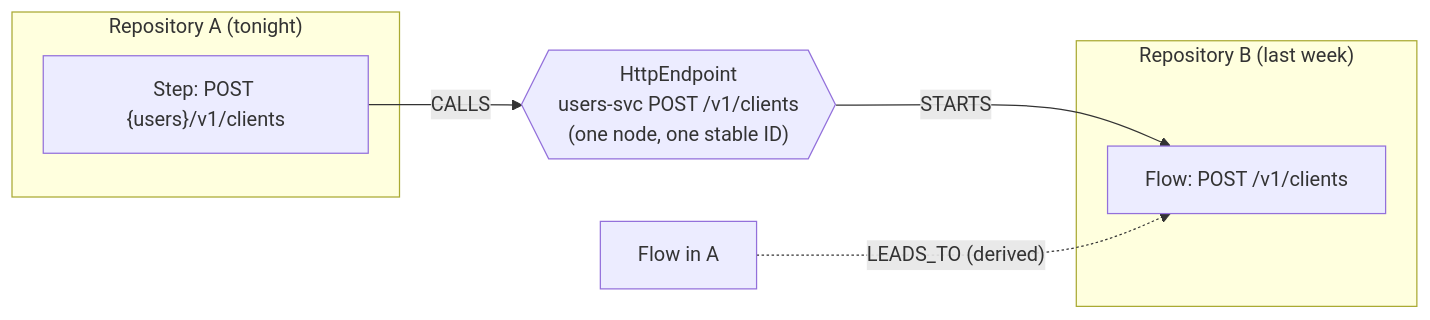
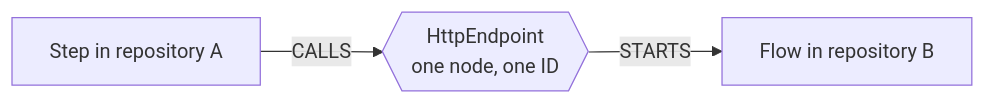
One commit to KBavis/steno changed the diagram in docs/how-it-works/ingestion/joins.md. Above: the diagram before and after it, drawn with Mermaid. The commit also changed other lines of this file and 35 other files, not shown here.

First line of the commit message:
docs: simplify the docs and record D150 (flows-first routing)

````diff
--- a/docs/how-it-works/ingestion/joins.md
+++ b/docs/how-it-works/ingestion/joins.md
@@ -11,13 +11,5 @@
 ```mermaid
 flowchart LR
-    subgraph R1["Repository A (tonight)"]
-      S1["Step: POST {users}/v1/clients"]
-    end
-    subgraph R2["Repository B (last week)"]
-      F2["Flow: POST /v1/clients"]
-    end
-    EP{{"HttpEndpoint<br/>users-svc POST /v1/clients<br/>(one node, one stable ID)"}}
-    S1 -- CALLS --> EP
-    EP -- STARTS --> F2
-    F1["Flow in A"] -. "LEADS_TO (derived)" .-> F2
+    S1["Step in repository A"] -- CALLS --> EP{{"HttpEndpoint<br/>one node, one ID"}}
+    EP -- STARTS --> F2["Flow in repository B"]
 ```
````
